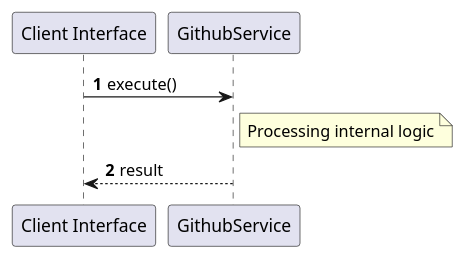
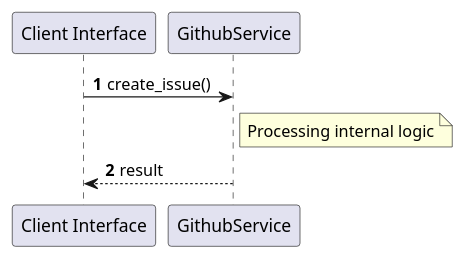
Before and after one commit to lgcorzo/rust_CACD_autonomous_factory: the sixth of 6 diagrams in openwiki/crates_factory_infrastructure_src_github.md, drawn with PlantUML. The commit also changed other lines of this file and 96 other files, not shown here.

````diff
--- a/openwiki/crates_factory_infrastructure_src_github.md
+++ b/openwiki/crates_factory_infrastructure_src_github.md
@@ -324,11 +559,11 @@
 ```plantuml
 @startuml
 autonumber
 participant "Client Interface" as Caller
 participant "GithubService" as Svc
-Caller -> Svc: execute()
+Caller -> Svc: create_issue()
 note right of Svc: Processing internal logic
 Svc --> Caller: result
 @enduml
 
 ```
````
